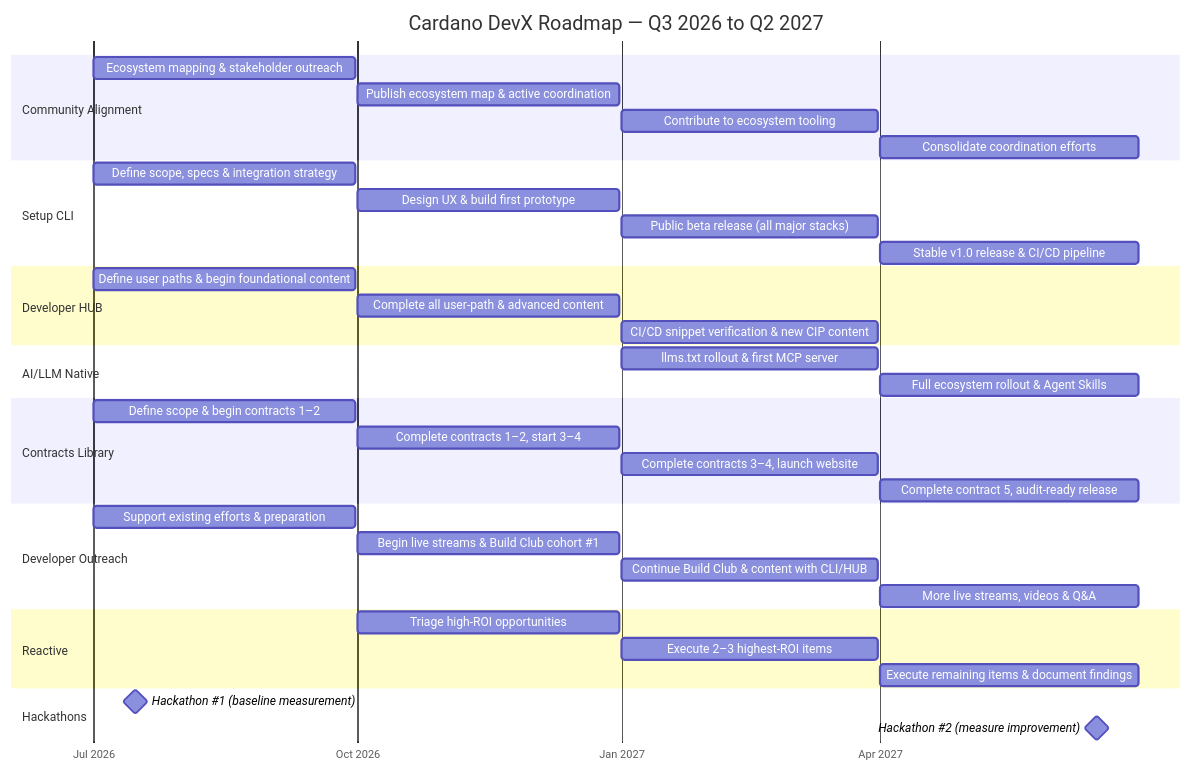
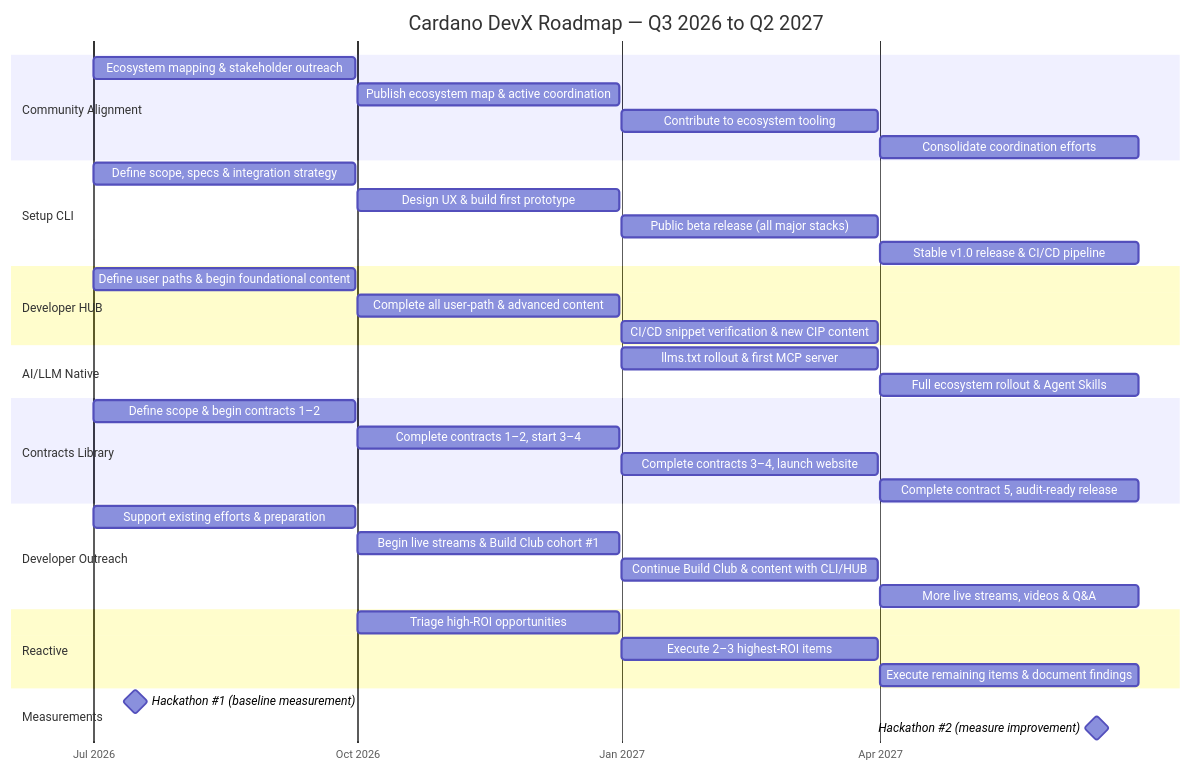
The diagram in roadmap.md (rober-m/cardano-devx), drawn with Mermaid before and after one commit. The commit also changed other lines of this file, not shown here.

Commit message:
fix: indirect measurements dates

````diff
--- a/roadmap.md
+++ b/roadmap.md
@@ -28,49 +28,49 @@
 ```mermaid
 gantt
     title Cardano DevX Roadmap — Q3 2026 to Q2 2027
     dateFormat YYYY-MM-DD
     axisFormat %b %Y
     tickInterval 3month
 
     section Community Alignment
     Ecosystem mapping & stakeholder outreach     :ca1, 2026-07-01, 2026-09-30
     Publish ecosystem map & active coordination  :ca2, 2026-10-01, 2026-12-31
     Contribute to ecosystem tooling              :ca3, 2027-01-01, 2027-03-31
     Consolidate coordination efforts             :ca4, 2027-04-01, 2027-06-30
 
     section Setup CLI
     Define scope, specs & integration strategy   :sc1, 2026-07-01, 2026-09-30
     Design UX & build first prototype            :sc2, 2026-10-01, 2026-12-31
     Public beta release (all major stacks)       :sc3, 2027-01-01, 2027-03-31
     Stable v1.0 release & CI/CD pipeline         :sc4, 2027-04-01, 2027-06-30
 
     section Developer HUB
     Define user paths & begin foundational content :dh1, 2026-07-01, 2026-09-30
     Complete all user-path & advanced content    :dh2, 2026-10-01, 2026-12-31
     CI/CD snippet verification & new CIP content :dh3, 2027-01-01, 2027-03-31
 
     section AI/LLM Native
     llms.txt rollout & first MCP server          :ai1, 2027-01-01, 2027-03-31
     Full ecosystem rollout & Agent Skills        :ai2, 2027-04-01, 2027-06-30
 
     section Contracts Library
     Define scope & begin contracts 1–2           :cl1, 2026-07-01, 2026-09-30
     Complete contracts 1–2, start 3–4            :cl2, 2026-10-01, 2026-12-31
     Complete contracts 3–4, launch website       :cl3, 2027-01-01, 2027-03-31
     Complete contract 5, audit-ready release     :cl4, 2027-04-01, 2027-06-30
 
     section Developer Outreach
     Support existing efforts & preparation       :do1, 2026-07-01, 2026-09-30
     Begin live streams & Build Club cohort #1    :do2, 2026-10-01, 2026-12-31
     Continue Build Club & content with CLI/HUB   :do3, 2027-01-01, 2027-03-31
     More live streams, videos & Q&A              :do4, 2027-04-01, 2027-06-30
 
     section Reactive
     Triage high-ROI opportunities                :re1, 2026-10-01, 2026-12-31
     Execute 2–3 highest-ROI items                :re2, 2027-01-01, 2027-03-31
     Execute remaining items & document findings  :re3, 2027-04-01, 2027-06-30
 
-    section Hackathons
-    Hackathon #1 (baseline measurement)          :milestone, hk1, 2026-07-15, 1d
-    Hackathon #2 (measure improvement)           :milestone, hk2, 2027-06-15, 1d
+    section Measurements
+    Hackathon #1 (baseline measurement)          :milestone, mt1, 2026-07-15, 1d
+    Hackathon #2 (measure improvement)           :milestone, mt2, 2027-06-15, 1d
 ```
````
